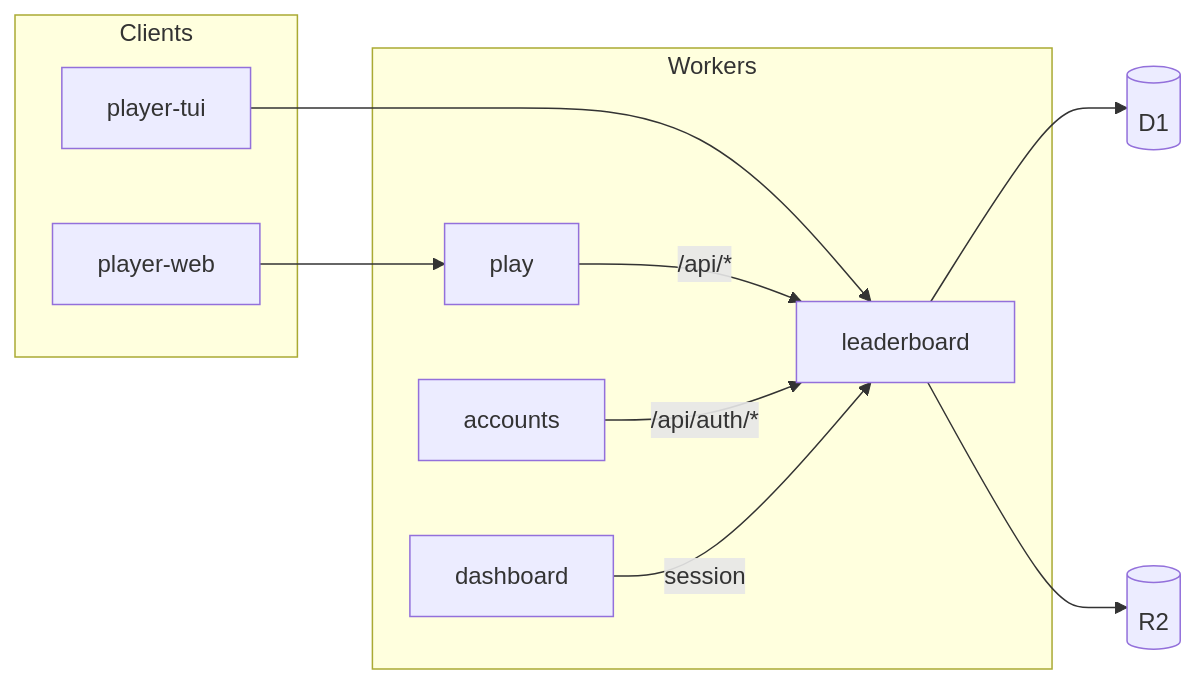
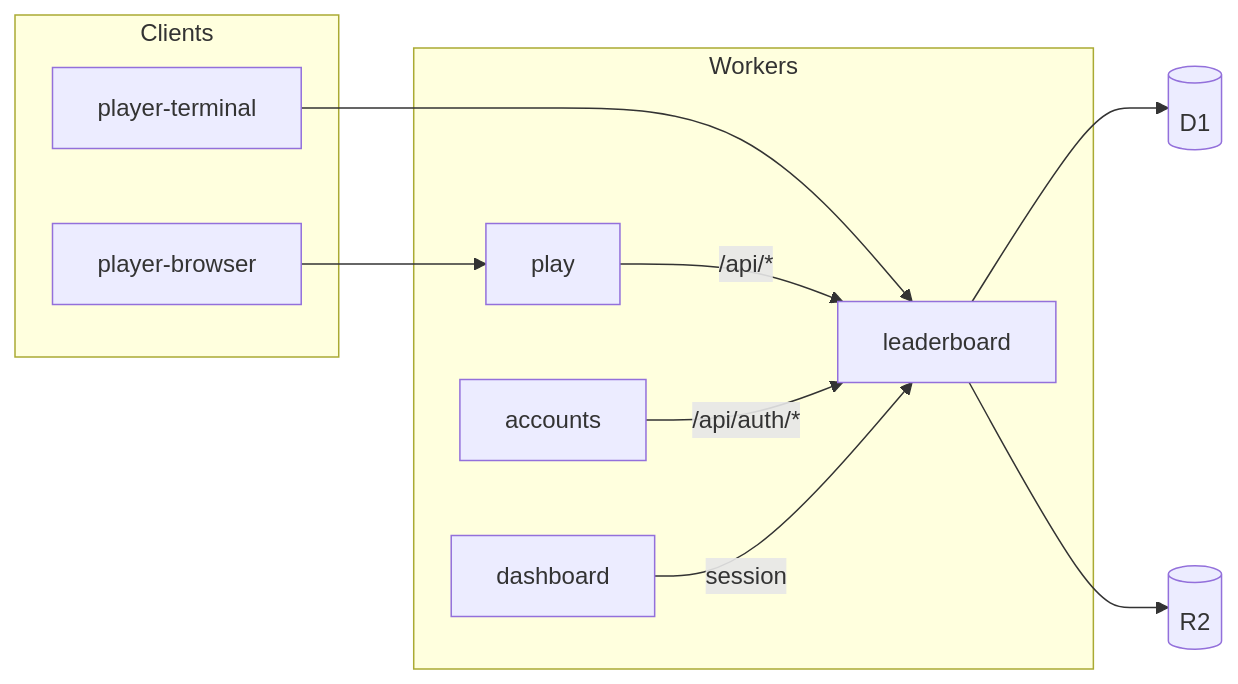
One commit to nulltask/be-music changed the first of 4 diagrams in docs/leaderboard.md. Above: the diagram before and after it, drawn with Mermaid. The commit also changed other lines of this file and 31 other files, not shown here.

Commit message:
docs: align package labels and diagrams with renamed packages [ci skip]

````diff
--- a/docs/leaderboard.md
+++ b/docs/leaderboard.md
@@ -33,20 +33,20 @@
 ```mermaid
 flowchart LR
   subgraph clients[Clients]
-    W[player-web]
-    T[player-tui]
+    W[player-browser]
+    T[player-terminal]
   end
   subgraph workers[Workers]
     P[play]
     A[accounts]
     D[dashboard]
     L[leaderboard]
   end
   W --> P
   T --> L
   P -->|/api/*| L
   A -->|/api/auth/*| L
   D -->|session| L
   L --> DB[(D1)]
   L --> R2[(R2)]
 ```
````
